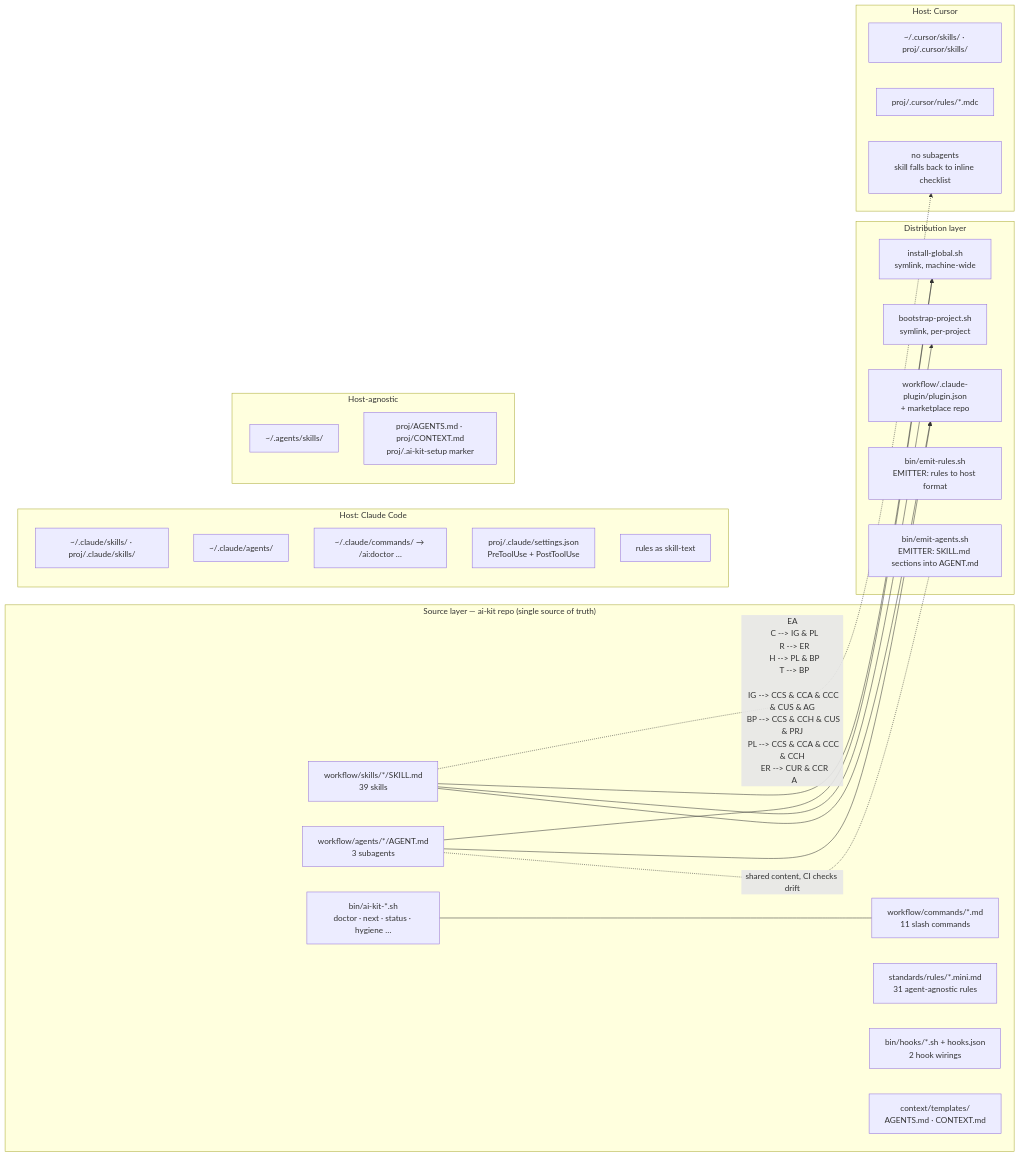
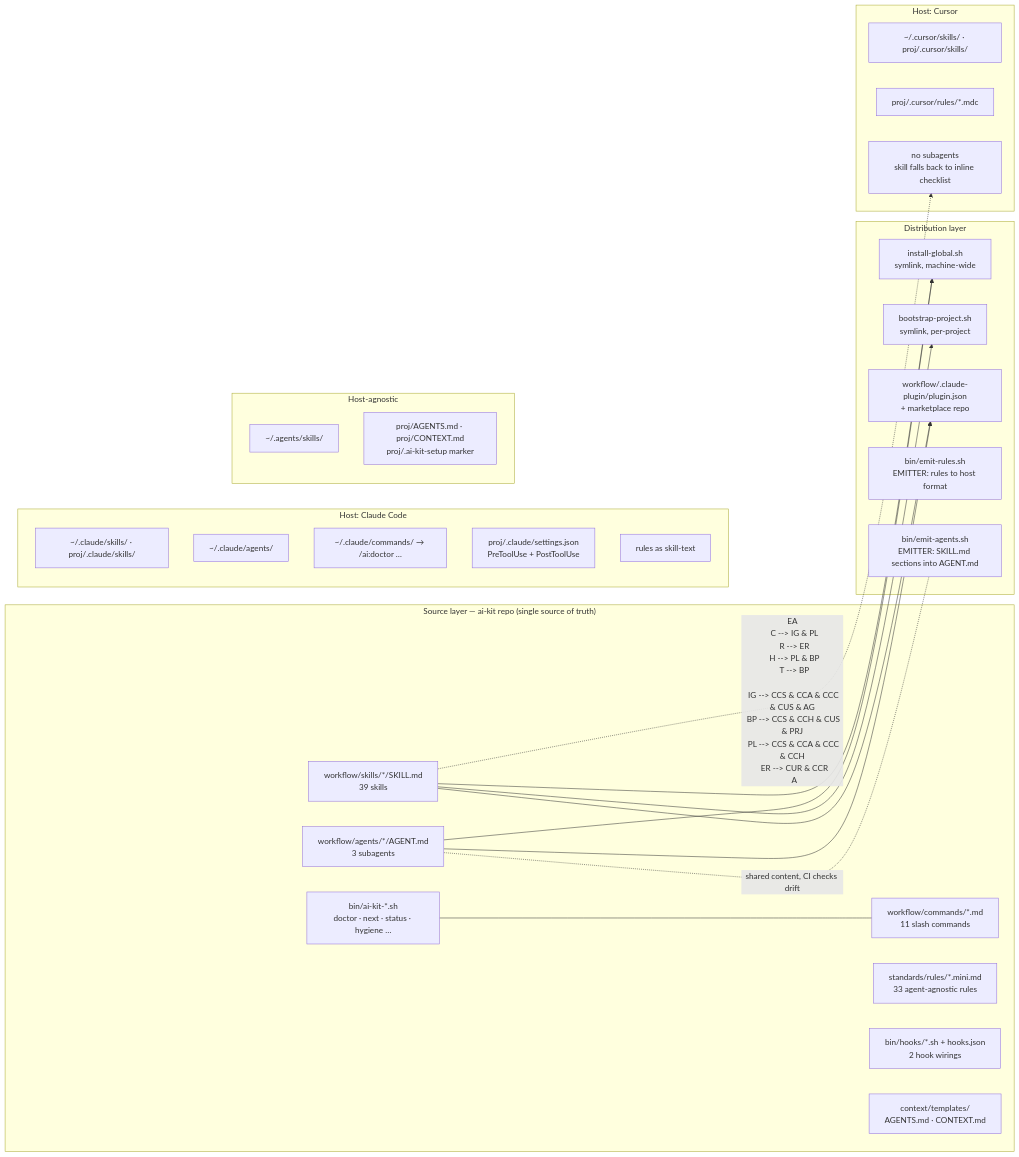
One commit to yusufkaracaburun/ai-kit changed the first of 2 diagrams in docs/diagrams.md. Above: the diagram before and after it, drawn with Mermaid. The commit also changed 10 other files, not shown here.

````diff
--- a/docs/diagrams.md
+++ b/docs/diagrams.md
@@ -10,55 +10,55 @@
 ```mermaid
 flowchart LR
   subgraph SRC["Source layer — ai-kit repo (single source of truth)"]
     S["workflow/skills/*/SKILL.md<br/>39 skills"]
     A["workflow/agents/*/AGENT.md<br/>3 subagents"]
     C["workflow/commands/*.md<br/>11 slash commands"]
-    R["standards/rules/*.mini.md<br/>31 agent-agnostic rules"]
+    R["standards/rules/*.mini.md<br/>33 agent-agnostic rules"]
     H["bin/hooks/*.sh + hooks.json<br/>2 hook wirings"]
     B["bin/ai-kit-*.sh<br/>doctor · next · status · hygiene …"]
     T["context/templates/<br/>AGENTS.md · CONTEXT.md"]
   end
 
   subgraph DIST["Distribution layer"]
     IG["install-global.sh<br/>symlink, machine-wide"]
     BP["bootstrap-project.sh<br/>symlink, per-project"]
     PL["workflow/.claude-plugin/plugin.json<br/>+ marketplace repo"]
     ER["bin/emit-rules.sh<br/>EMITTER: rules to host format"]
     EA["bin/emit-agents.sh<br/>EMITTER: SKILL.md sections into AGENT.md"]
   end
 
   subgraph CC["Host: Claude Code"]
     CCS["~/.claude/skills/ · proj/.claude/skills/"]
     CCA["~/.claude/agents/"]
     CCC["~/.claude/commands/ → /ai:doctor …"]
     CCH["proj/.claude/settings.json<br/>PreToolUse + PostToolUse"]
     CCR["rules as skill-text"]
   end
 
   subgraph CU["Host: Cursor"]
     CUS["~/.cursor/skills/ · proj/.cursor/skills/"]
     CUR["proj/.cursor/rules/*.mdc"]
     CUN["no subagents<br/>skill falls back to inline checklist"]
   end
 
   subgraph HA["Host-agnostic"]
     AG["~/.agents/skills/"]
     PRJ["proj/AGENTS.md · proj/CONTEXT.md<br/>proj/.ai-kit-setup marker"]
   end
 
   S --> IG & BP & PL
   A --> IG & PL
   A -. "shared content, CI checks drift" .- EA
   S -. EA
   C --> IG & PL
   R --> ER
   H --> PL & BP
   T --> BP
 
   IG --> CCS & CCA & CCC & CUS & AG
   BP --> CCS & CCH & CUS & PRJ
   PL --> CCS & CCA & CCC & CCH
   ER --> CUR & CCR
   A -.-> CUN
   B --- C
 ```
````
